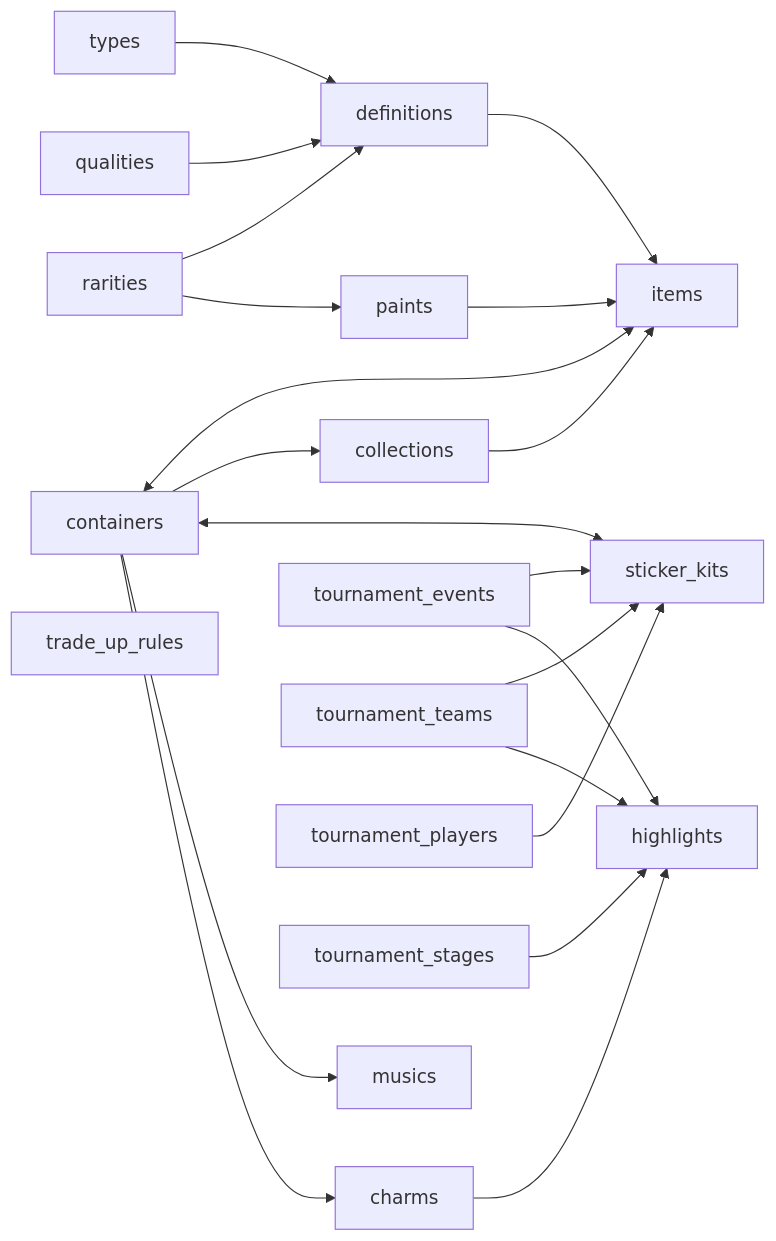
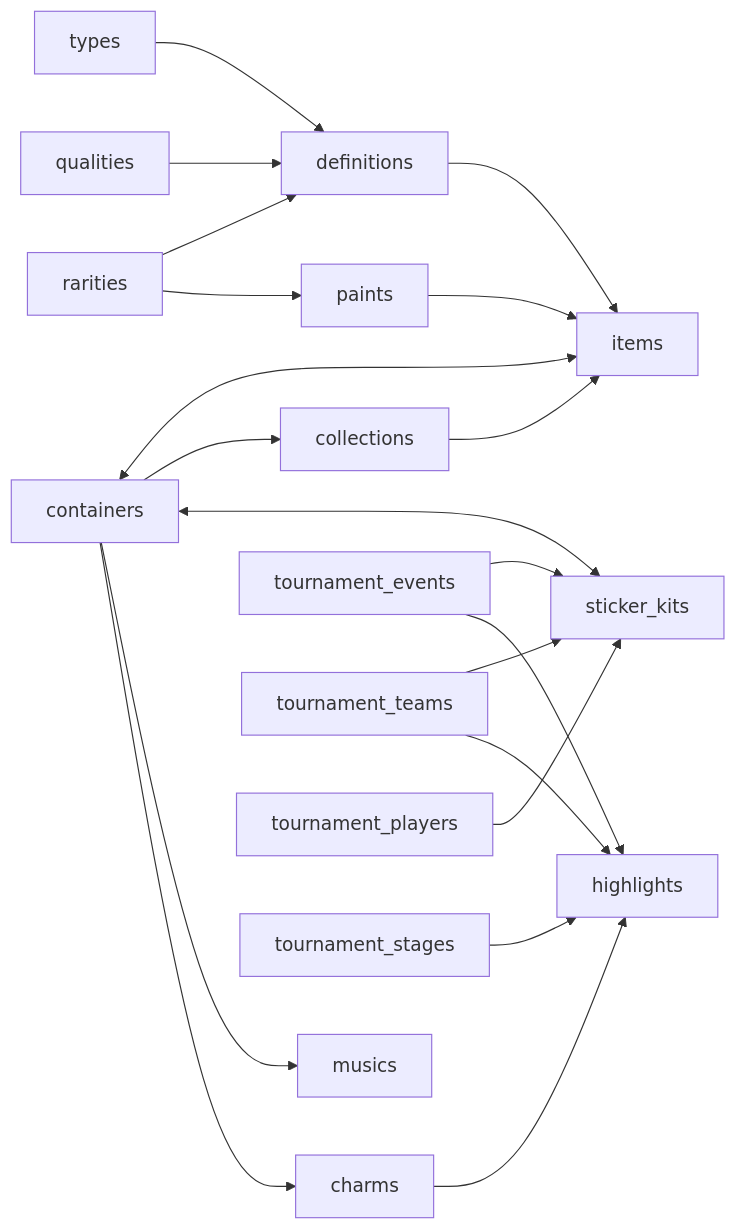
The first of 2 diagrams in README.md (somespecialone/cs2-items-schema), drawn with Mermaid before and after one commit. The commit also changed other lines of this file and 22 other files, not shown here.

Commit message:
refactor: simplify generated item schema

````diff
--- a/README.md
+++ b/README.md
@@ -26,23 +26,22 @@
 ```mermaid
 flowchart LR
     types[types] --> definitions[definitions]
     qualities[qualities] --> definitions
     rarities[rarities] --> definitions
     rarities --> paints[paints]
     definitions --> items[items]
     paints --> items
     containers[containers] <--> items
     collections[collections] --> items
     containers --> collections
     containers <--> sticker_kits[sticker_kits]
     containers --> musics[musics]
     containers --> charms[charms]
     charms --> highlights[highlights]
     tournament_events[tournament_events] --> sticker_kits
     tournament_events --> highlights
     tournament_teams[tournament_teams] --> sticker_kits
     tournament_teams --> highlights
     tournament_players[tournament_players] --> sticker_kits
     tournament_stages[tournament_stages] --> highlights
-    trade_up_rules[trade_up_rules]
 ```
````
